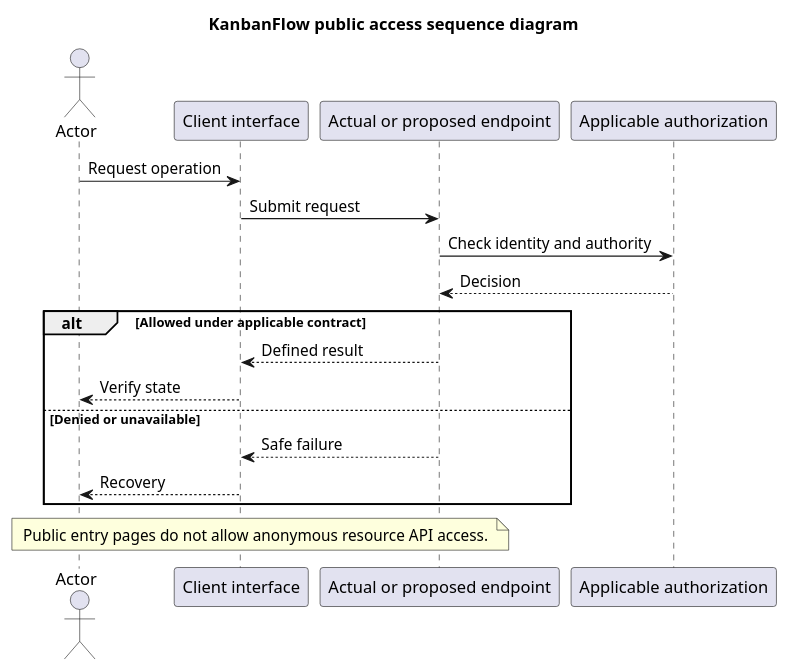
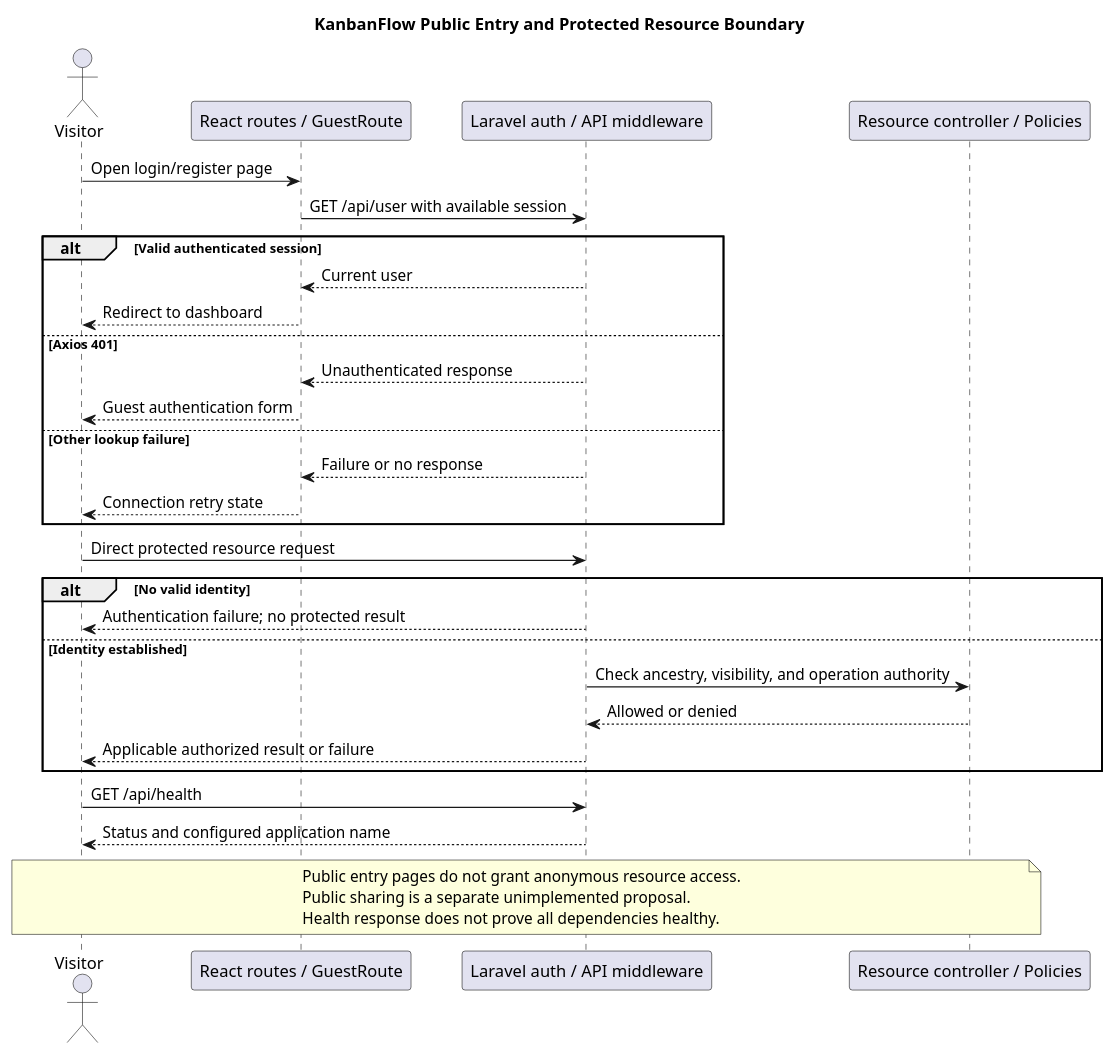
One commit to Farhad-Valizadegan/Web-KanbanFlow changed the diagram in docs/SDLC/04-design/public-access-sequence-diagram.md. Above: the diagram before and after it, drawn with PlantUML. The commit also changed other lines of this file and 2 other files, not shown here.

Commit message:
docs: complete public entry and resource access sequence design

````diff
--- a/docs/SDLC/04-design/public-access-sequence-diagram.md
+++ b/docs/SDLC/04-design/public-access-sequence-diagram.md
@@ -30,21 +118,36 @@
 ```plantuml
 @startuml
-title KanbanFlow public access sequence diagram
-actor Actor
-participant "Client interface" as UI
-participant "Actual or proposed endpoint" as API
-participant "Applicable authorization" as Policy
-Actor -> UI : Request operation
-UI -> API : Submit request
-API -> Policy : Check identity and authority
-Policy --> API : Decision
-alt Allowed under applicable contract
- API --> UI : Defined result
- UI --> Actor : Verify state
-else Denied or unavailable
- API --> UI : Safe failure
- UI --> Actor : Recovery
+title KanbanFlow Public Entry and Protected Resource Boundary
+actor Visitor
+participant "React routes / GuestRoute" as UI
+participant "Laravel auth / API middleware" as API
+participant "Resource controller / Policies" as Rules
+Visitor -> UI : Open login/register page
+UI -> API : GET /api/user with available session
+alt Valid authenticated session
+ API --> UI : Current user
+ UI --> Visitor : Redirect to dashboard
+else Axios 401
+ API --> UI : Unauthenticated response
+ UI --> Visitor : Guest authentication form
+else Other lookup failure
+ API --> UI : Failure or no response
+ UI --> Visitor : Connection retry state
 end
-note over Actor, API : Public entry pages do not allow anonymous resource API access.
+Visitor -> API : Direct protected resource request
+alt No valid identity
+ API --> Visitor : Authentication failure; no protected result
+else Identity established
+ API -> Rules : Check ancestry, visibility, and operation authority
+ Rules --> API : Allowed or denied
+ API --> Visitor : Applicable authorized result or failure
+end
+Visitor -> API : GET /api/health
+API --> Visitor : Status and configured application name
+note over Visitor, Rules
+Public entry pages do not grant anonymous resource access.
+Public sharing is a separate unimplemented proposal.
+Health response does not prove all dependencies healthy.
+end note
 @enduml
 ```
````
